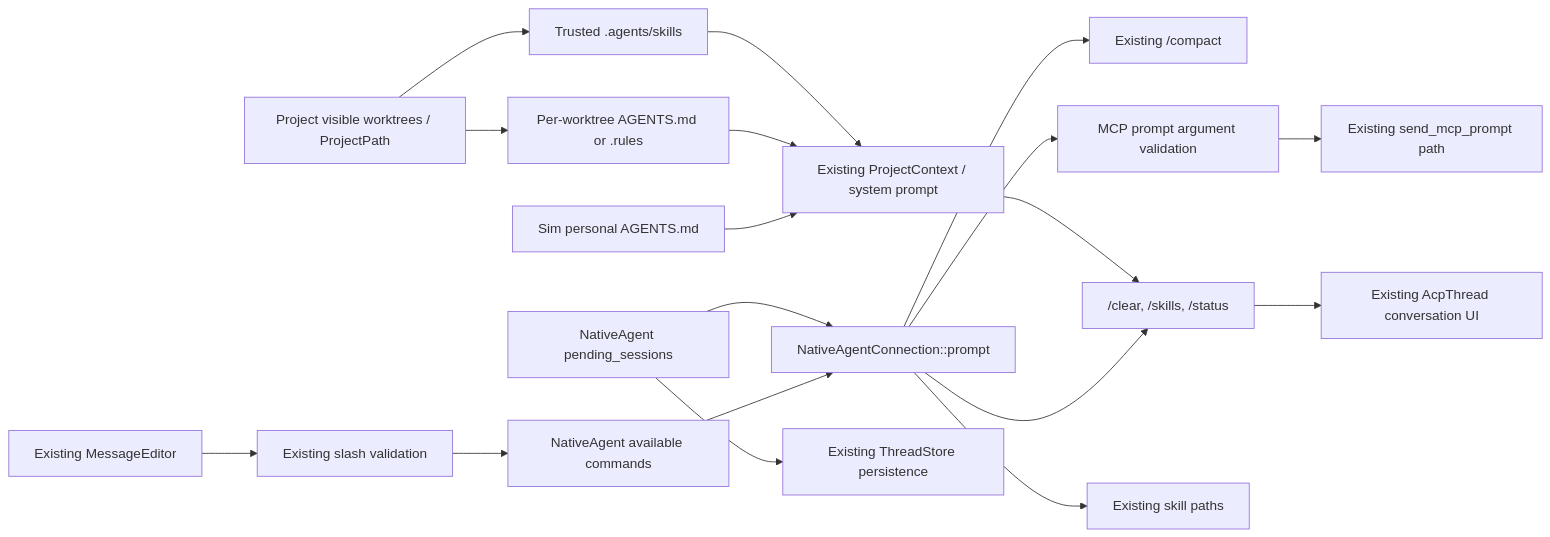
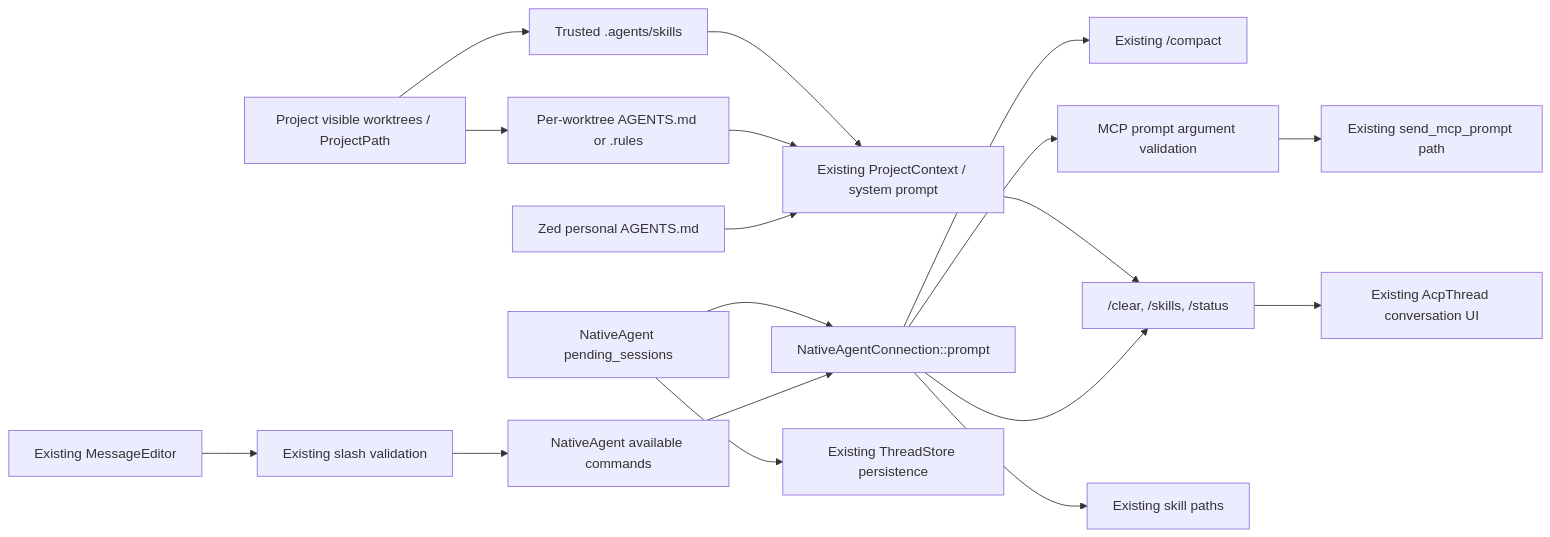
The diagram in .agents/specs/goose-migration/developer-experience/design.md (imagineerings/xor), drawn with Mermaid before and after one commit. The commit also changed other lines of this file and 2547 other files, not shown here.

````diff
--- a/.agents/specs/goose-migration/developer-experience/design.md
+++ b/.agents/specs/goose-migration/developer-experience/design.md
@@ -28,22 +28,22 @@
 ```mermaid
 flowchart LR
     Composer["Existing MessageEditor"] --> Validation["Existing slash validation"]
     Validation --> Catalog["NativeAgent available commands"]
     Catalog --> Dispatch["NativeAgentConnection::prompt"]
     Dispatch --> Compact["Existing /compact"]
     Dispatch --> Local["/clear, /skills, /status"]
     Dispatch --> PromptArgs["MCP prompt argument validation"]
     PromptArgs --> Existing["Existing send_mcp_prompt path"]
     Dispatch --> SkillsDispatch["Existing skill paths"]
     Local --> Conversation["Existing AcpThread conversation UI"]
 
-    Personal["Sim personal AGENTS.md"] --> Context["Existing ProjectContext / system prompt"]
+    Personal["Zed personal AGENTS.md"] --> Context["Existing ProjectContext / system prompt"]
     Rules["Per-worktree AGENTS.md or .rules"] --> Context
     Skills["Trusted .agents/skills"] --> Context
     Worktrees["Project visible worktrees / ProjectPath"] --> Rules
     Worktrees --> Skills
     Context --> Local
 
     Session["NativeAgent pending_sessions"] --> Dispatch
     Session --> Store["Existing ThreadStore persistence"]
 ```
````
